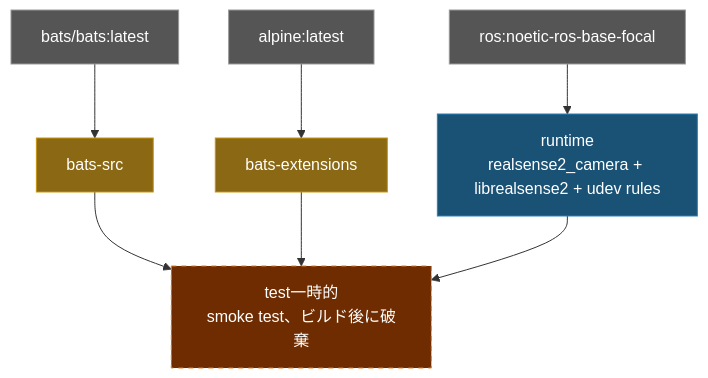
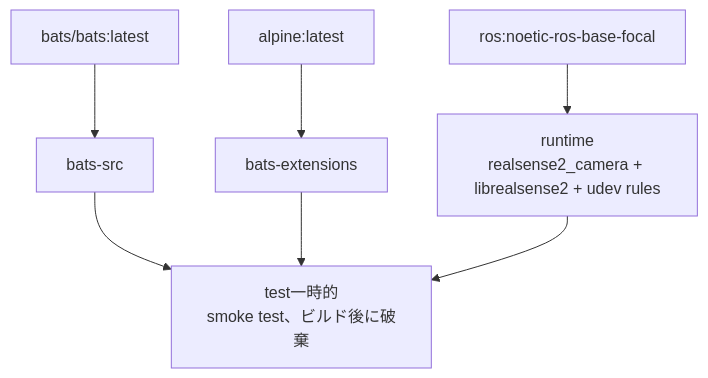
One commit to ycpss91255-docker/realsense_noetic changed the diagram in doc/README.ja.md. Above: the diagram before and after it, drawn with Mermaid. The commit also changed 3 other files, not shown here.

Commit message:
docs: remove mermaid background colors from architecture diagrams (#15)

````diff
--- a/doc/README.ja.md
+++ b/doc/README.ja.md
@@ -88,20 +88,16 @@
 ```mermaid
 graph TD
-    EXT1["bats/bats:latest"]:::external
-    EXT2["alpine:latest"]:::external
-    EXT3["ros:noetic-ros-base-focal"]:::external
+    EXT1["bats/bats:latest"]
+    EXT2["alpine:latest"]
+    EXT3["ros:noetic-ros-base-focal"]
 
-    EXT1 --> bats-src["bats-src"]:::tool
-    EXT2 --> bats-ext["bats-extensions"]:::tool
+    EXT1 --> bats-src["bats-src"]
+    EXT2 --> bats-ext["bats-extensions"]
 
-    EXT3 --> runtime["runtime\nrealsense2_camera + librealsense2 + udev rules"]:::stage
+    EXT3 --> runtime["runtime\nrealsense2_camera + librealsense2 + udev rules"]
 
-    bats-src --> test["test一時的\nsmoke test、ビルド後に破棄"]:::ephemeral
+    bats-src --> test["test一時的\nsmoke test、ビルド後に破棄"]
     bats-ext --> test
     runtime --> test
 
-    classDef external fill:#555,color:#fff,stroke:#999
-    classDef tool fill:#8B6914,color:#fff,stroke:#c8960c
-    classDef stage fill:#1a5276,color:#fff,stroke:#2980b9
-    classDef ephemeral fill:#6e2c00,color:#fff,stroke:#e67e22,stroke-dasharray:5 5
 ```
````
